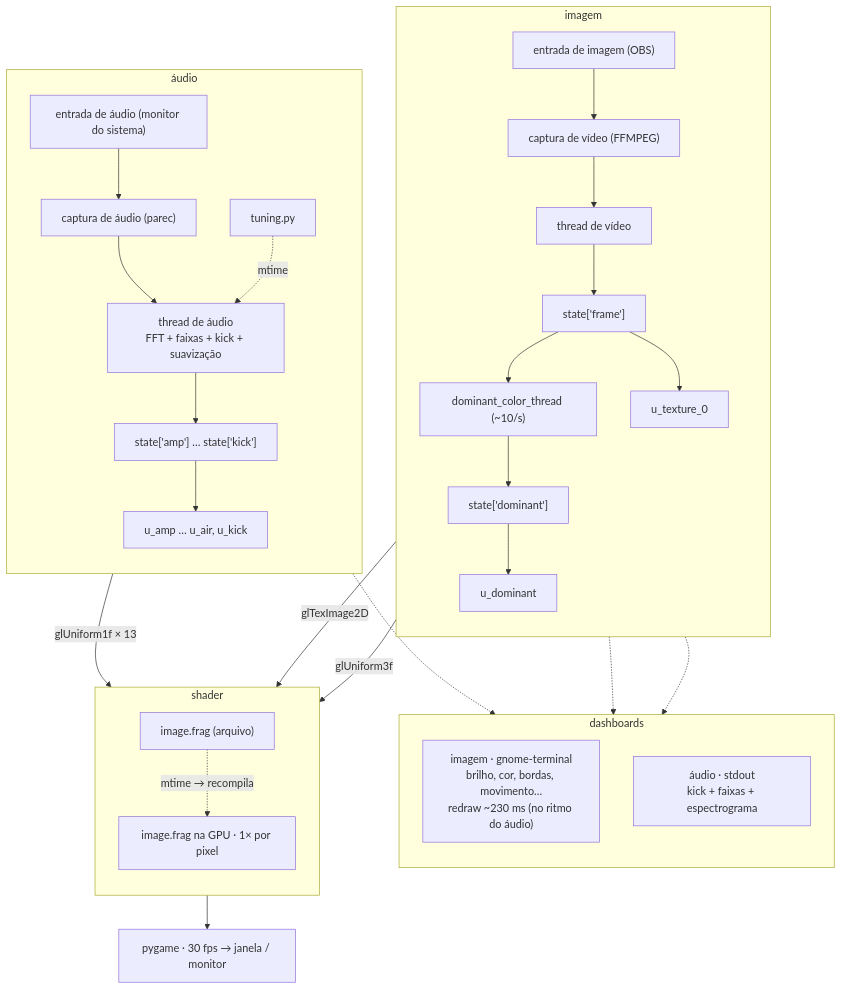
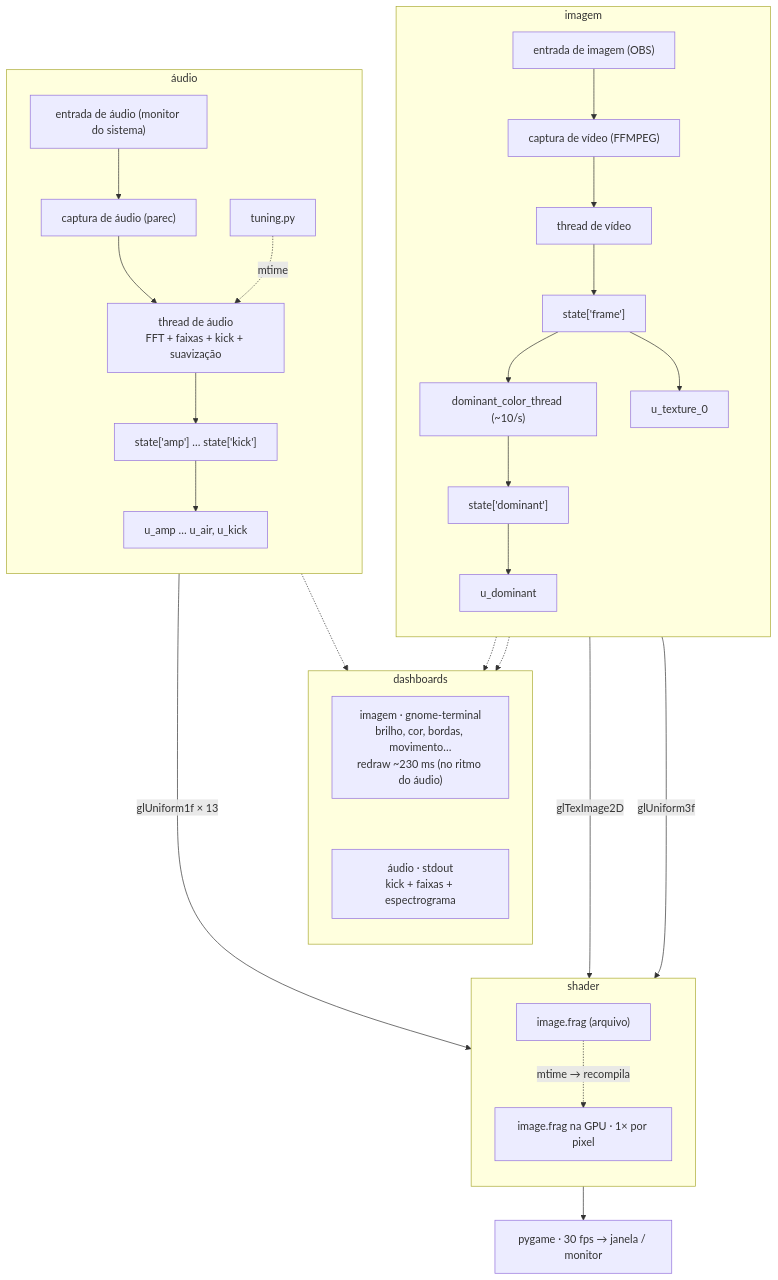
One commit to paulocremas/cremas-synth-lab changed the first of 2 diagrams in README.md. Above: the diagram before and after it, drawn with Mermaid.

Commit message:
Flow 1: stack the two dashboard nodes, align shader under dashboards
Invisible links MON_I ~~~ MON_A (stack) and MON_A ~~~ FRAG (align shader
cluster below the dashboards cluster).

````diff
--- a/README.md
+++ b/README.md
@@ -43,42 +43,45 @@
 ```mermaid
 flowchart TD
     subgraph IMG_SIDE["imagem"]
         direction TB
         IMG["entrada de imagem (OBS)"] --> CAPV["captura de vídeo (FFMPEG)"]
         CAPV --> VT["thread de vídeo"]
         VT --> SF["state['frame']"]
         SF --> DCT["dominant_color_thread (~10/s)"]
         DCT --> SD["state['dominant']"]
         SF --> UTEX["u_texture_0"]
         SD --> UDOM["u_dominant"]
     end
 
     subgraph MON["dashboards"]
         direction TB
         MON_I["imagem · gnome-terminal<br/>brilho, cor, bordas, movimento…<br/>redraw ~230 ms (no ritmo do áudio)"]
         MON_A["áudio · stdout<br/>kick + faixas + espectrograma"]
+        MON_I ~~~ MON_A
     end
 
     subgraph AUD_SIDE["áudio"]
         direction TB
         AUD["entrada de áudio (monitor do sistema)"] --> CAPA["captura de áudio (parec)"]
         CAPA --> AT["thread de áudio<br/>FFT + faixas + kick + suavização"]
         AT --> SA["state['amp'] … state['kick']"]
         SA --> UAUD["u_amp … u_air, u_kick"]
         TUN["tuning.py"] -.->|"mtime"| AT
     end
 
     SF -.-> MON_I
     SD -.-> MON_I
     AT -.-> MON_A
 
     subgraph SH["shader"]
         direction TB
         FRAG["image.frag (arquivo)"] -.->|"mtime → recompila"| GPU["image.frag na GPU · 1× por pixel"]
     end
 
+    MON_A ~~~ FRAG
+
     UTEX -->|"glTexImage2D"| GPU
     UDOM -->|"glUniform3f"| GPU
     UAUD -->|"glUniform1f × 13"| GPU
     GPU --> WIN["pygame · 30 fps → janela / monitor"]
 ```
````
